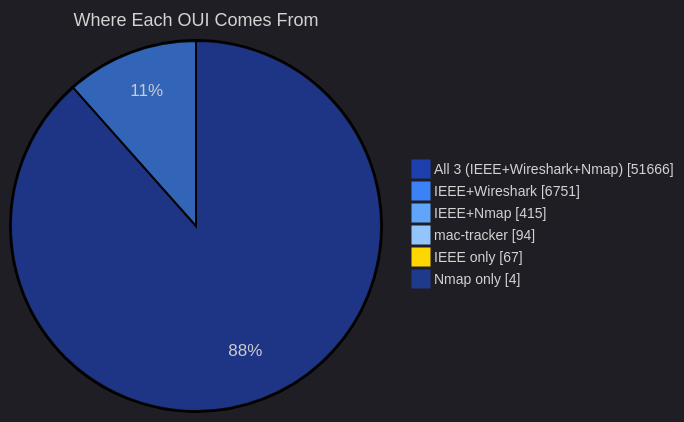
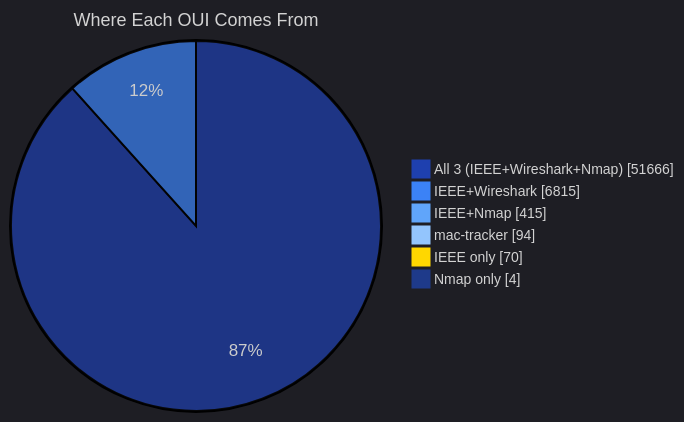
One commit to zqf20096327/dbhub_collect changed the second of 5 diagrams in data/readmes/Ringmast4r__OUI-Master-Database.md. Above: the diagram before and after it, drawn with Mermaid. The commit also changed other lines of this file and 538 other files, not shown here.

````diff
--- a/data/readmes/Ringmast4r__OUI-Master-Database.md
+++ b/data/readmes/Ringmast4r__OUI-Master-Database.md
@@ -97,11 +97,11 @@
 ```mermaid
 %%{init: {'theme':'dark', 'themeVariables': {'pie1':'#1E40AF','pie2':'#3B82F6','pie3':'#60A5FA','pie4':'#93C5FD','pie5':'#FFD700','pie6':'#1E3A8A','pieTitleTextSize':'18px','pieLegendTextSize':'14px'}}}%%
 pie showData
     title Where Each OUI Comes From
     "All 3 (IEEE+Wireshark+Nmap)" : 51666
-    "IEEE+Wireshark" : 6751
+    "IEEE+Wireshark" : 6815
     "IEEE+Nmap" : 415
     "mac-tracker" : 94
-    "IEEE only" : 67
+    "IEEE only" : 70
     "Nmap only" : 4
 ```
````
